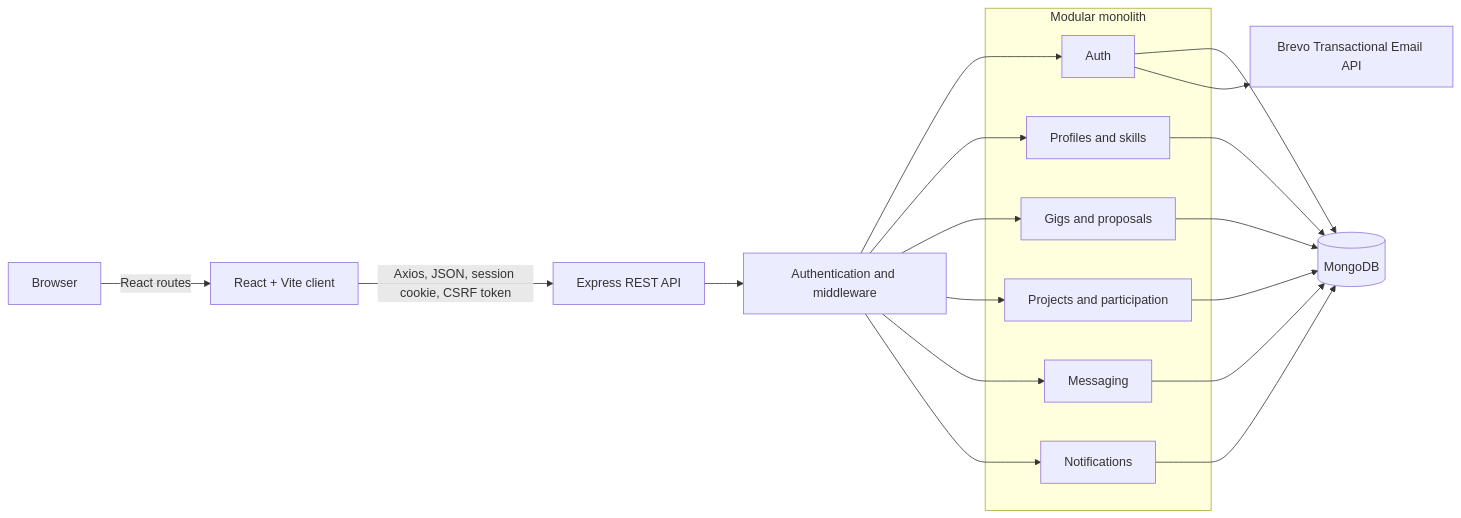
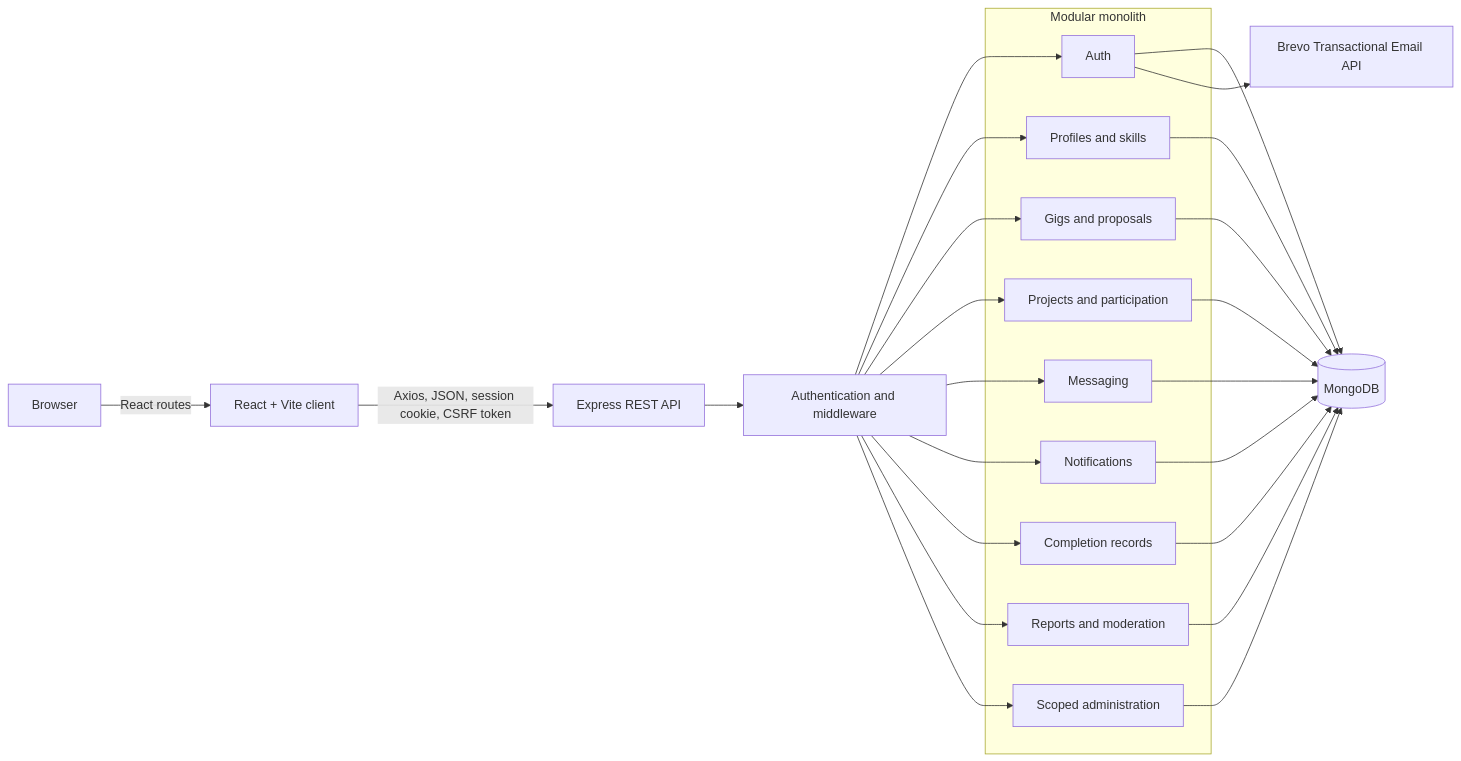
The diagram in README.md (sristikundu1/CampusCollab), drawn with Mermaid before and after one commit. The commit also changed other lines of this file and 58 other files, not shown here.

````diff
--- a/README.md
+++ b/README.md
@@ -82,29 +97,38 @@
 ```mermaid
 flowchart LR
     U[Browser] -->|React routes| C[React + Vite client]
     C -->|Axios, JSON, session cookie, CSRF token| A[Express REST API]
     A --> M[Authentication and middleware]
     M --> AUTH
     M --> PROFILE
     M --> GIG
     M --> PROJECT
     M --> MESSAGE
     M --> NOTIFICATION
+    M --> COMPLETION
+    M --> MODERATION
+    M --> ADMIN
 
     subgraph MODULES[Modular monolith]
       AUTH[Auth]
       PROFILE[Profiles and skills]
       GIG[Gigs and proposals]
       PROJECT[Projects and participation]
       MESSAGE[Messaging]
       NOTIFICATION[Notifications]
+      COMPLETION[Completion records]
+      MODERATION[Reports and moderation]
+      ADMIN[Scoped administration]
     end
 
     AUTH --> DB[(MongoDB)]
     PROFILE --> DB
     GIG --> DB
     PROJECT --> DB
     MESSAGE --> DB
     NOTIFICATION --> DB
+    COMPLETION --> DB
+    MODERATION --> DB
+    ADMIN --> DB
     AUTH --> EMAIL[Brevo Transactional Email API]
 ```
````
